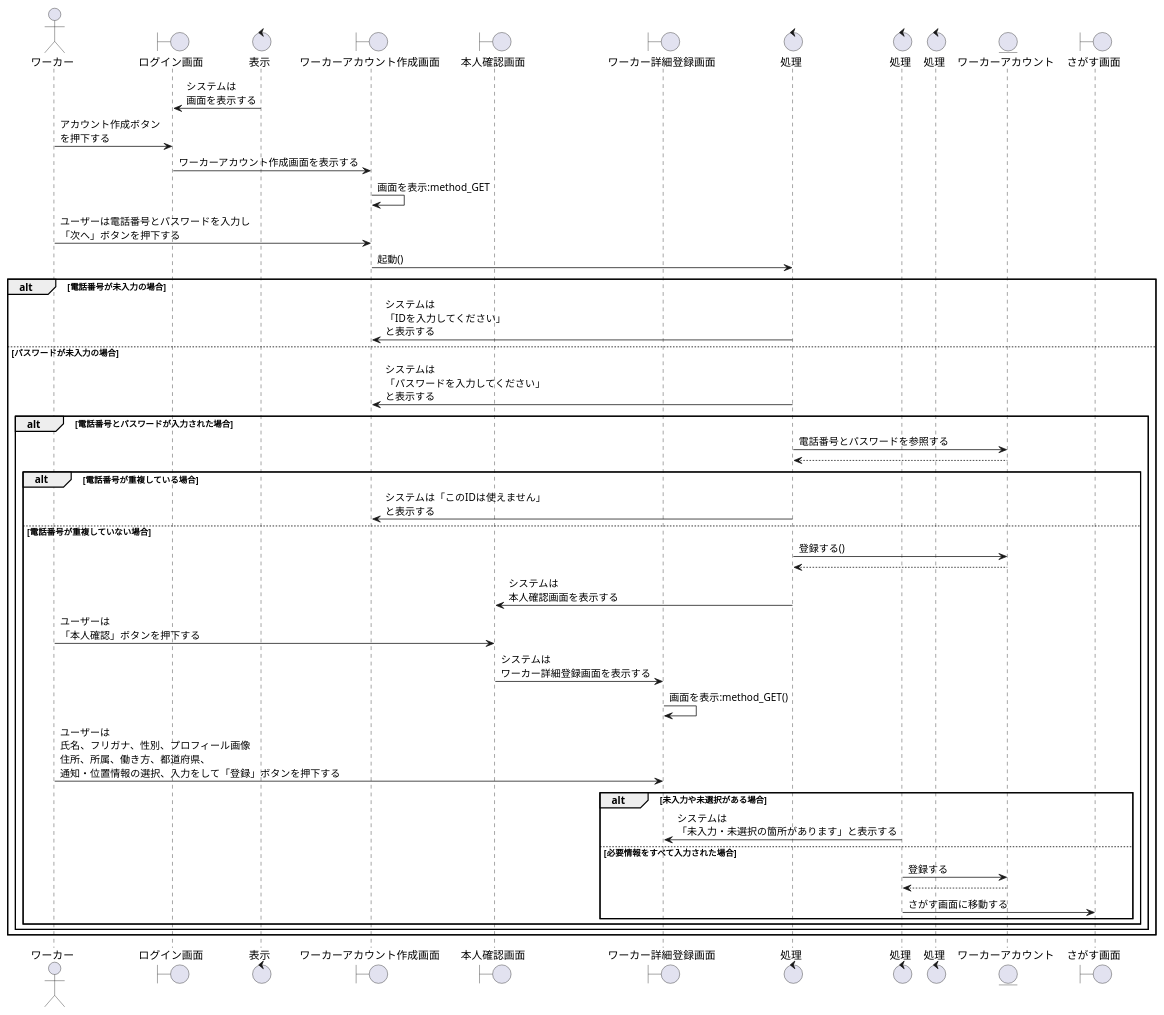
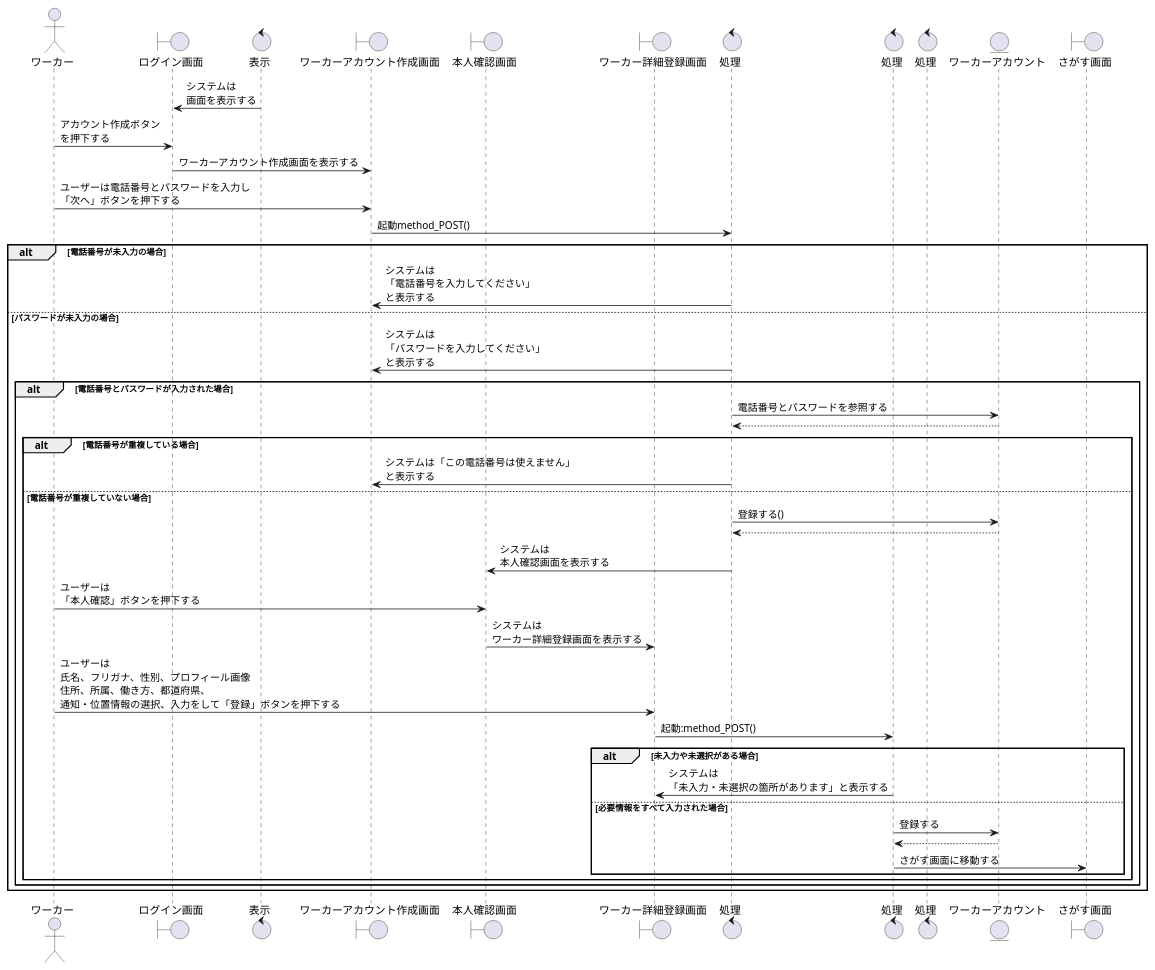
The diagram in sequence_fig/1_login_fn/1_ワーカーのアカウントを作成する.pu (irukacb256/high_Me), drawn with PlantUML before and after one commit. The commit also changed 4 other files, not shown here.

```diff
--- a/sequence_fig/1_login_fn/1_ワーカーのアカウントを作成する.pu
+++ b/sequence_fig/1_login_fn/1_ワーカーのアカウントを作成する.pu
@@ -1,64 +1,63 @@
 @startuml ワーカーのアカウントを作成する
 
 ' 1
 actor ワーカー as wo1
 
 boundary ログイン画面 as log1
 control 表示 as co1
 
 boundary ワーカーアカウント作成画面 as wav1
 boundary 本人確認画面 as ivv1
 boundary ワーカー詳細登録画面 as wdv1
 control 処理 as co2
 control 処理 as co3
 control 処理 as co4
 
 entity ワーカーアカウント as ac1
 boundary さがす画面 as sc1
 
 ' 2
 co1 -> log1 : システムは\n画面を表示する
 wo1 -> log1 : アカウント作成ボタン\nを押下する
 log1 -> wav1 : ワーカーアカウント作成画面を表示する
-wav1 -> wav1 : 画面を表示:method_GET
 wo1 -> wav1 : ユーザーは電話番号とパスワードを入力し\n「次へ」ボタンを押下する
-wav1 -> co2 : 起動()
+wav1 -> co2 : 起動method_POST()
 
 alt 電話番号が未入力の場合
-    co2 -> wav1 : システムは\n「IDを入力してください」\nと表示する
+    co2 -> wav1 : システムは\n「電話番号を入力してください」\nと表示する
 
 else パスワードが未入力の場合
     co2 -> wav1 : システムは\n「パスワードを入力してください」\nと表示する
 
     alt 電話番号とパスワードが入力された場合
         co2 -> ac1 : 電話番号とパスワードを参照する
         co2 <-- ac1
 
         alt 電話番号が重複している場合
-            co2 -> wav1 : システムは「このIDは使えません」\nと表示する
+            co2 -> wav1 : システムは「この電話番号は使えません」\nと表示する
 
         else 電話番号が重複していない場合
             co2 -> ac1 : 登録する()
             co2 <-- ac1
             co2 -> ivv1 : システムは\n本人確認画面を表示する
             wo1 -> ivv1 : ユーザーは\n「本人確認」ボタンを押下する
             ivv1 -> wdv1 : システムは\nワーカー詳細登録画面を表示する
-            wdv1 -> wdv1 : 画面を表示:method_GET()
             wo1 -> wdv1 : ユーザーは\n氏名、フリガナ、性別、プロフィール画像\n住所、所属、働き方、都道府県、\n通知・位置情報の選択、入力をして「登録」ボタンを押下する
+            wdv1 -> co3 : 起動:method_POST()
             
 '3
             alt 未入力や未選択がある場合
                 co3 -> wdv1 : システムは\n「未入力・未選択の箇所があります」と表示する
 
     
             else 必要情報をすべて入力された場合
                 co3 -> ac1 : 登録する
                 co3 <-- ac1
                 co3 -> sc1 : さがす画面に移動する
             end
         end
     end
 
 end
 
 @enduml
```
